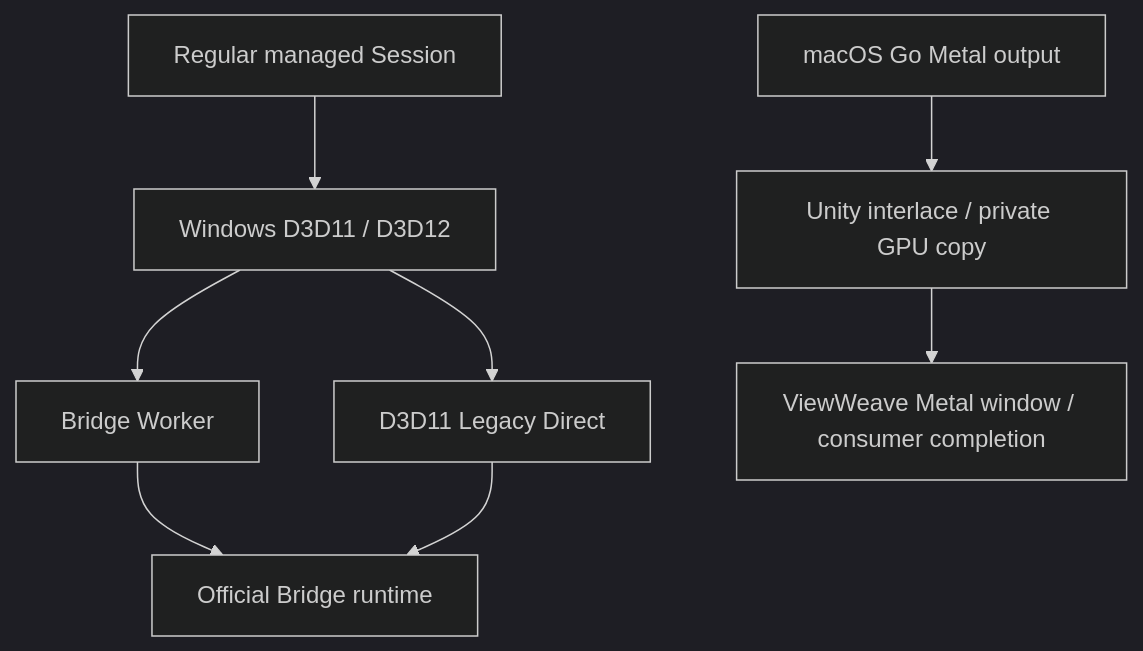
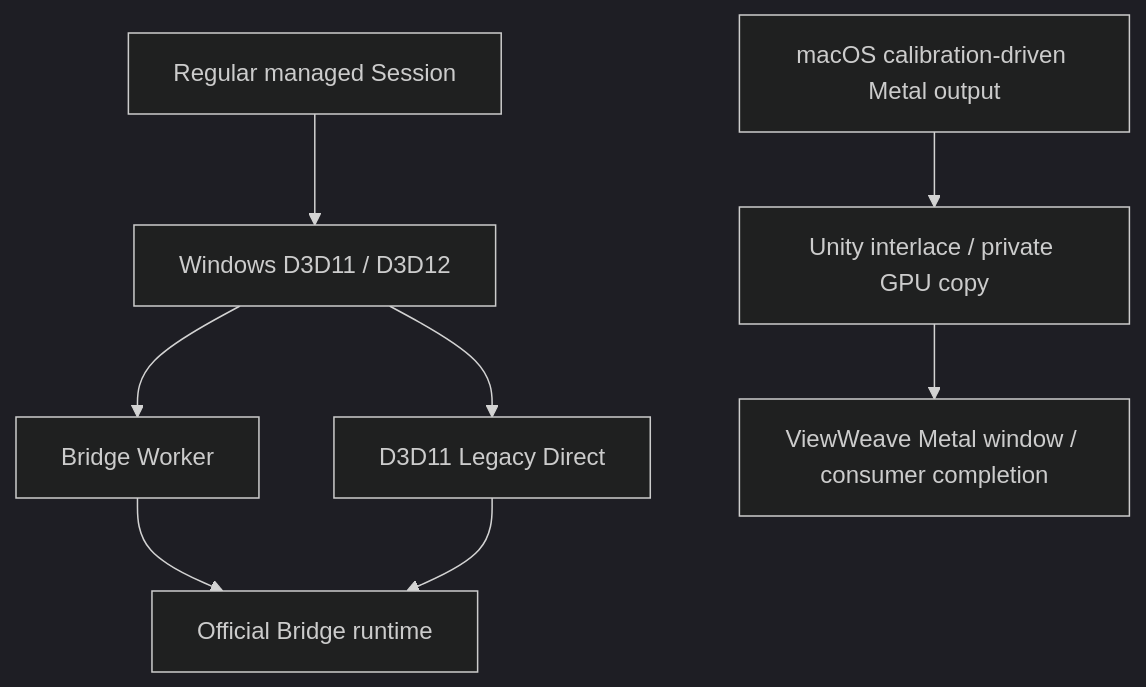
The diagram in docs/graphics-backends.md (zabaglione/ViewWeave), drawn with Mermaid (dark theme) before and after one commit. The commit also changed other lines of this file and 35 other files, not shown here.

Commit message:
Generalize macOS Metal output from Bridge calibration

````diff
--- a/docs/graphics-backends.md
+++ b/docs/graphics-backends.md
@@ -23,10 +23,10 @@
 ```mermaid
 flowchart TD
     Session["Regular managed Session"] --> Windows["Windows D3D11 / D3D12"]
     Windows --> Worker["Bridge Worker"]
     Windows --> Legacy["D3D11 Legacy Direct"]
     Worker --> Bridge["Official Bridge runtime"]
     Legacy --> Bridge
-    Metal["macOS Go Metal output"] --> Interlace["Unity interlace / private GPU copy"]
+    Metal["macOS calibration-driven Metal output"] --> Interlace["Unity interlace / private GPU copy"]
     Interlace --> Window["ViewWeave Metal window / consumer completion"]
 ```
````
